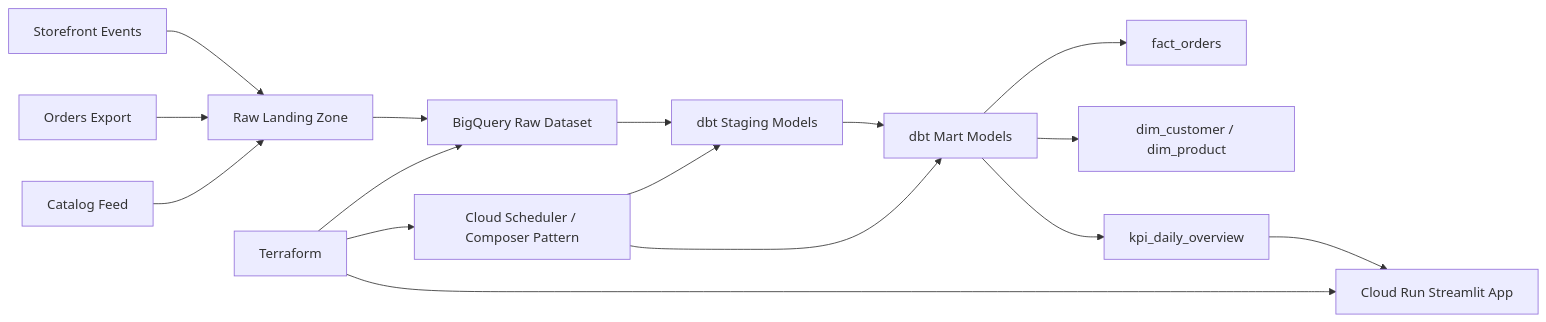
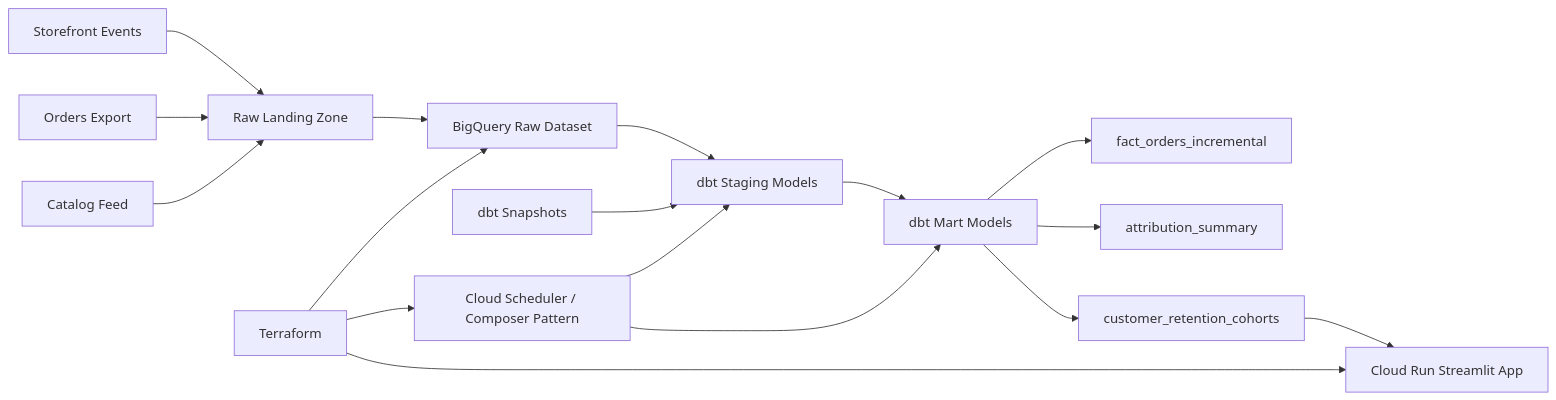
Before and after one commit to SajjaAkash/E-Commerce-analytics-platform: the diagram in README.md, drawn with Mermaid. The commit also changed other lines of this file and 21 other files, not shown here.

Commit message:
Elevate project with attribution and retention modeling

````diff
--- a/README.md
+++ b/README.md
@@ -19,18 +26,19 @@
 ```mermaid
 flowchart LR
     A["Storefront Events"] --> B["Raw Landing Zone"]
     C["Orders Export"] --> B
     D["Catalog Feed"] --> B
     B --> E["BigQuery Raw Dataset"]
     E --> F["dbt Staging Models"]
     F --> G["dbt Mart Models"]
-    G --> H["fact_orders"]
-    G --> I["dim_customer / dim_product"]
-    G --> J["kpi_daily_overview"]
-    K["Cloud Scheduler / Composer Pattern"] --> F
-    K --> G
-    L["Terraform"] --> E
-    L --> K
-    L --> M["Cloud Run Streamlit App"]
-    J --> M
+    G --> H["fact_orders_incremental"]
+    G --> I["attribution_summary"]
+    G --> J["customer_retention_cohorts"]
+    K["dbt Snapshots"] --> F
+    L["Cloud Scheduler / Composer Pattern"] --> F
+    L --> G
+    M["Terraform"] --> E
+    M --> L
+    M --> N["Cloud Run Streamlit App"]
+    J --> N
 ```
````
